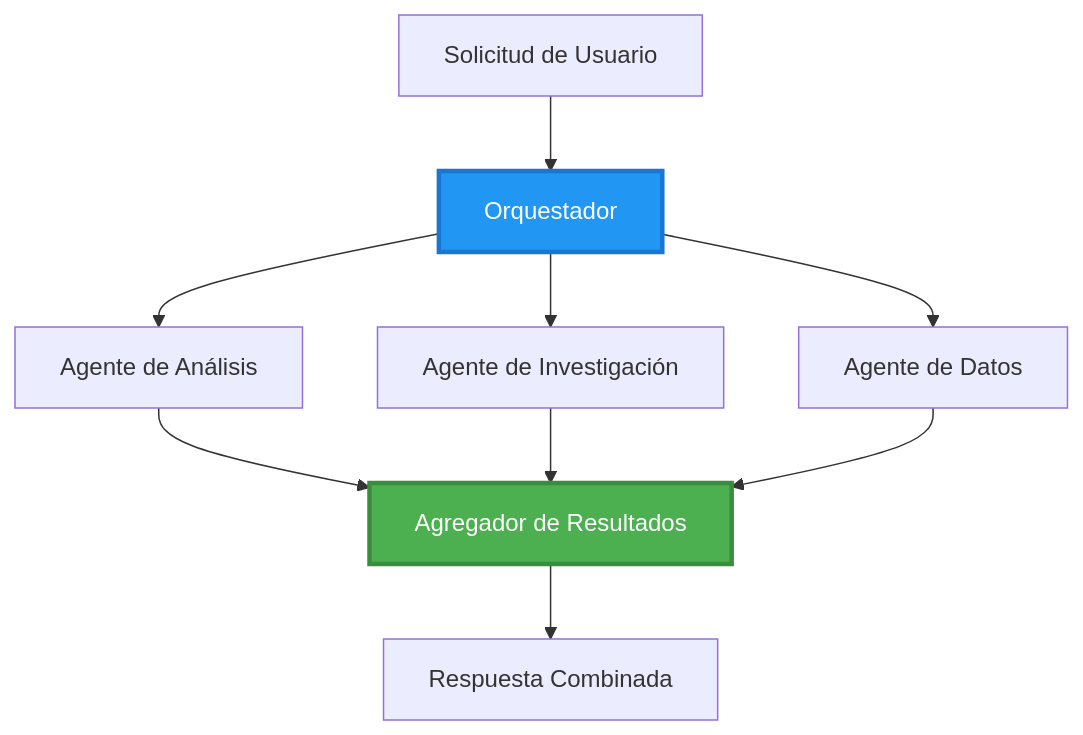
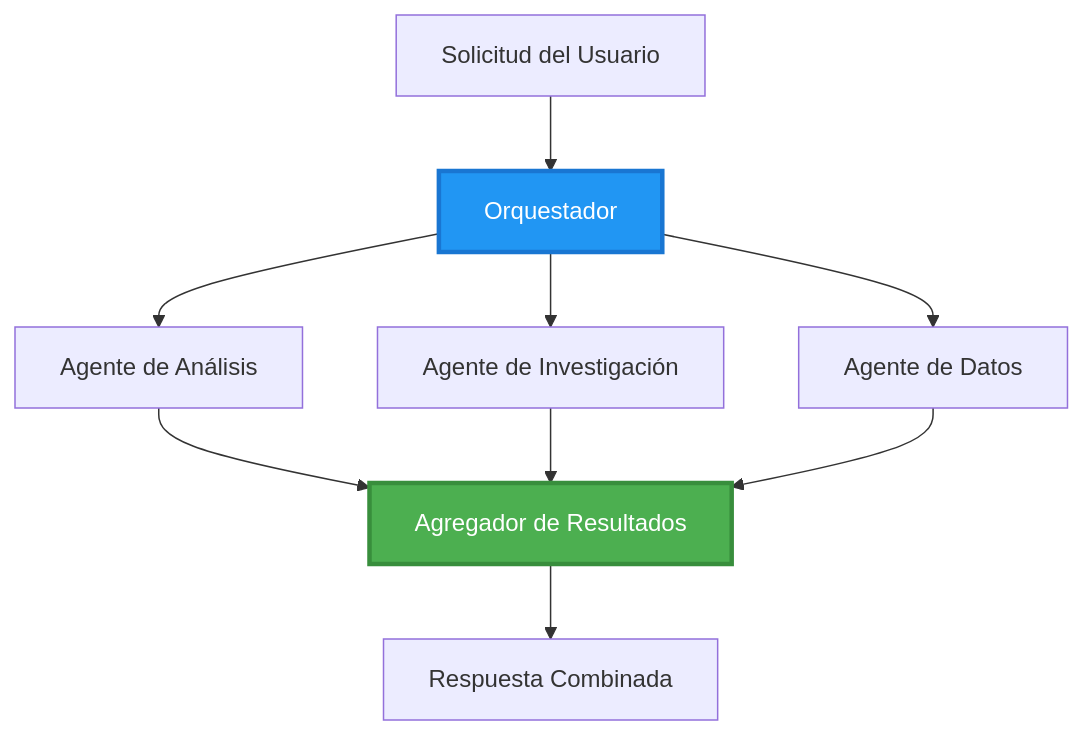
The second of 6 diagrams in translations/es/docs/chapter-06-pre-deployment/coordination-patterns.md (microsoft/AZD-for-beginners), drawn with Mermaid before and after one commit. The commit also changed other lines of this file and 101 other files, not shown here.

````diff
--- a/translations/es/docs/chapter-06-pre-deployment/coordination-patterns.md
+++ b/translations/es/docs/chapter-06-pre-deployment/coordination-patterns.md
@@ -106,22 +100,22 @@
 ```mermaid
 graph TB
-    User[Solicitud de Usuario]
+    User[Solicitud del Usuario]
     Orchestrator[Orquestador]
     Agent1[Agente de Análisis]
     Agent2[Agente de Investigación]
     Agent3[Agente de Datos]
     Aggregator[Agregador de Resultados]
     Response[Respuesta Combinada]
     
     User --> Orchestrator
     Orchestrator --> Agent1
     Orchestrator --> Agent2
     Orchestrator --> Agent3
     Agent1 --> Aggregator
     Agent2 --> Aggregator
     Agent3 --> Aggregator
     Aggregator --> Response
     
     style Orchestrator fill:#2196F3,stroke:#1976D2,stroke-width:3px,color:#fff
     style Aggregator fill:#4CAF50,stroke:#388E3C,stroke-width:3px,color:#fff
 ```
````
